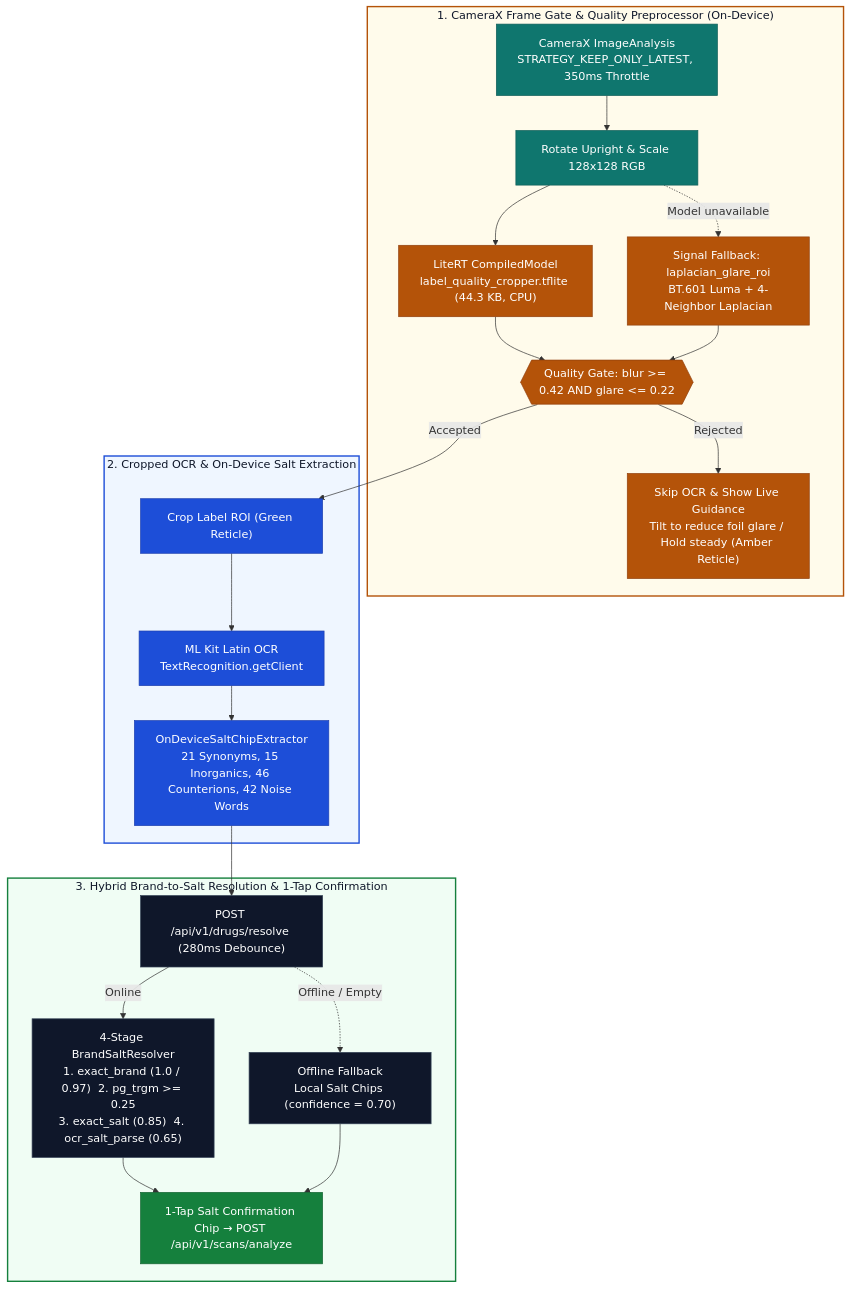
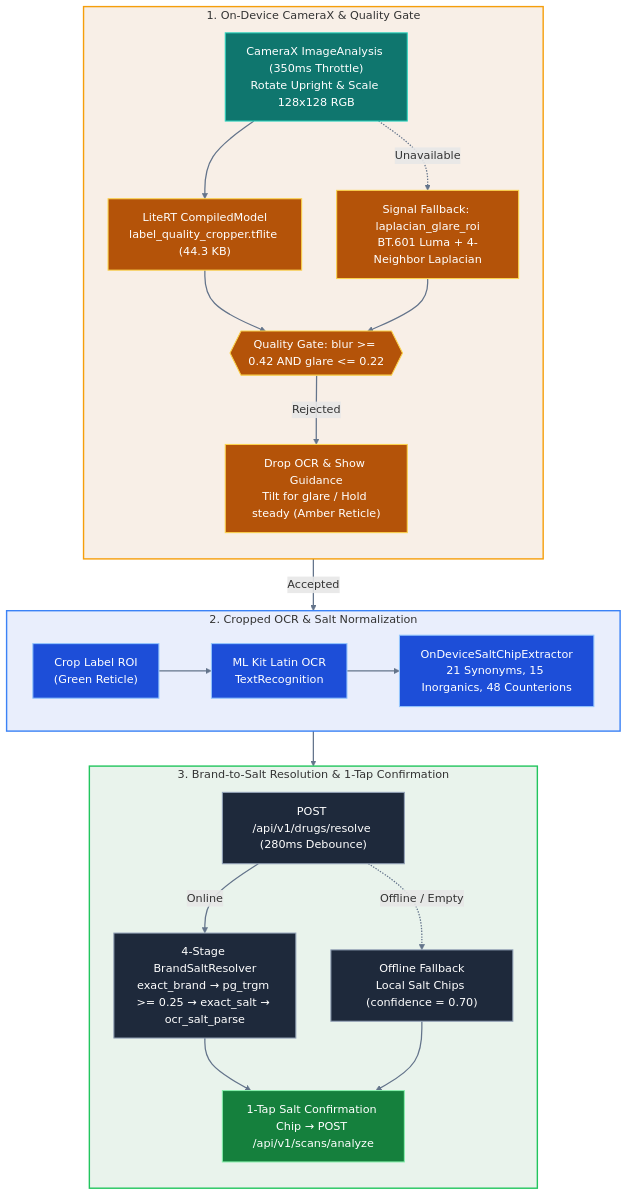
One commit to hrdk6/PillScope changed the third of 8 diagrams in README.md. Above: the diagram before and after it, drawn with Mermaid. The commit also changed other lines of this file, not shown here.

Commit message:
docs: fix Mermaid dark-mode contrast, diagram proportions, and normalizer counts

````diff
--- a/README.md
+++ b/README.md
@@ -275,44 +273,50 @@
 ```mermaid
 flowchart TB
-    subgraph SG_CAM["1. CameraX Frame Gate & Quality Preprocessor (On-Device)"]
-        F1["CameraX ImageAnalysis<br/>STRATEGY_KEEP_ONLY_LATEST, 350ms Throttle"] --> F2["Rotate Upright & Scale 128x128 RGB"]
-        F2 --> Q1["LiteRT CompiledModel<br/>label_quality_cropper.tflite (44.3 KB, CPU)"]
-        F2 -.->|"Model unavailable"| Q2["Signal Fallback: laplacian_glare_roi<br/>BT.601 Luma + 4-Neighbor Laplacian"]
-        Q1 --> Q3{{"Quality Gate: blur >= 0.42 AND glare <= 0.22"}}
-        Q2 --> Q3
-        Q3 -->|"Rejected"| Q4["Skip OCR & Show Live Guidance<br/>Tilt to reduce foil glare / Hold steady (Amber Reticle)"]
+    subgraph SG_CAM["1. On-Device CameraX & Quality Gate"]
+        direction TB
+        F1["CameraX ImageAnalysis (350ms Throttle)<br/>Rotate Upright & Scale 128x128 RGB"]
+        Q1["LiteRT CompiledModel<br/>label_quality_cropper.tflite (44.3 KB)"]
+        Q2["Signal Fallback: laplacian_glare_roi<br/>BT.601 Luma + 4-Neighbor Laplacian"]
+        Q3{{"Quality Gate: blur >= 0.42 AND glare <= 0.22"}}
+        Q4["Drop OCR & Show Guidance<br/>Tilt for glare / Hold steady (Amber Reticle)"]
+        F1 --> Q1 --> Q3
+        F1 -.->|"Unavailable"| Q2 --> Q3
+        Q3 -->|"Rejected"| Q4
     end
 
-    subgraph SG_OCR["2. Cropped OCR & On-Device Salt Extraction"]
-        O1["Crop Label ROI (Green Reticle)"] --> O2["ML Kit Latin OCR<br/>TextRecognition.getClient"]
-        O2 --> O3["OnDeviceSaltChipExtractor<br/>21 Synonyms, 15 Inorganics, 46 Counterions, 42 Noise Words"]
+    subgraph SG_OCR["2. Cropped OCR & Salt Normalization"]
+        direction LR
+        O1["Crop Label ROI<br/>(Green Reticle)"] --> O2["ML Kit Latin OCR<br/>TextRecognition"] --> O3["OnDeviceSaltChipExtractor<br/>21 Synonyms, 15 Inorganics, 48 Counterions"]
     end
 
-    subgraph SG_RESOLVE["3. Hybrid Brand-to-Salt Resolution & 1-Tap Confirmation"]
+    subgraph SG_RESOLVE["3. Brand-to-Salt Resolution & 1-Tap Confirmation"]
+        direction TB
         R1["POST /api/v1/drugs/resolve (280ms Debounce)"]
-        R2["4-Stage BrandSaltResolver<br/>1. exact_brand (1.0 / 0.97)  2. pg_trgm >= 0.25<br/>3. exact_salt (0.85)  4. ocr_salt_parse (0.65)"]
+        R2["4-Stage BrandSaltResolver<br/>exact_brand → pg_trgm >= 0.25 → exact_salt → ocr_salt_parse"]
         R3["Offline Fallback<br/>Local Salt Chips (confidence = 0.70)"]
         R4["1-Tap Salt Confirmation Chip → POST /api/v1/scans/analyze"]
         R1 -->|"Online"| R2 --> R4
         R1 -.->|"Offline / Empty"| R3 --> R4
     end
 
     Q3 -->|"Accepted"| O1
     O3 --> R1
 
-    style SG_CAM fill:#FFFBEB,stroke:#B45309,stroke-width:2px,color:#0F172A
-    style SG_OCR fill:#EFF6FF,stroke:#1D4ED8,stroke-width:2px,color:#0F172A
-    style SG_RESOLVE fill:#F0FDF4,stroke:#15803D,stroke-width:2px,color:#0F172A
+    style SG_CAM fill:#B4530918,stroke:#F59E0B,stroke-width:2px
+    style SG_OCR fill:#1D4ED818,stroke:#3B82F6,stroke-width:2px
+    style SG_RESOLVE fill:#15803D18,stroke:#22C55E,stroke-width:2px
 
-    classDef teal fill:#0F766E,stroke:#115E59,color:#FFFFFF
-    classDef amber fill:#B45309,stroke:#92400E,color:#FFFFFF
-    classDef cobalt fill:#1D4ED8,stroke:#1E40AF,color:#FFFFFF
-    classDef emerald fill:#15803D,stroke:#166534,color:#FFFFFF
-    classDef slate fill:#0F172A,stroke:#334155,color:#FFFFFF
+    linkStyle default stroke:#64748B,stroke-width:1.8px
 
-    class F1,F2 teal
+    classDef teal fill:#0F766E,stroke:#2DD4BF,stroke-width:1.5px,color:#FFFFFF
+    classDef amber fill:#B45309,stroke:#FCD34D,stroke-width:1.5px,color:#FFFFFF
+    classDef cobalt fill:#1D4ED8,stroke:#93C5FD,stroke-width:1.5px,color:#FFFFFF
+    classDef emerald fill:#15803D,stroke:#86EFAC,stroke-width:1.5px,color:#FFFFFF
+    classDef slate fill:#1E293B,stroke:#94A3B8,stroke-width:1.5px,color:#FFFFFF
+
+    class F1 teal
     class Q1,Q2,Q3,Q4 amber
     class O1,O2,O3 cobalt
     class R1,R2,R3 slate
     class R4 emerald
 ```
````
